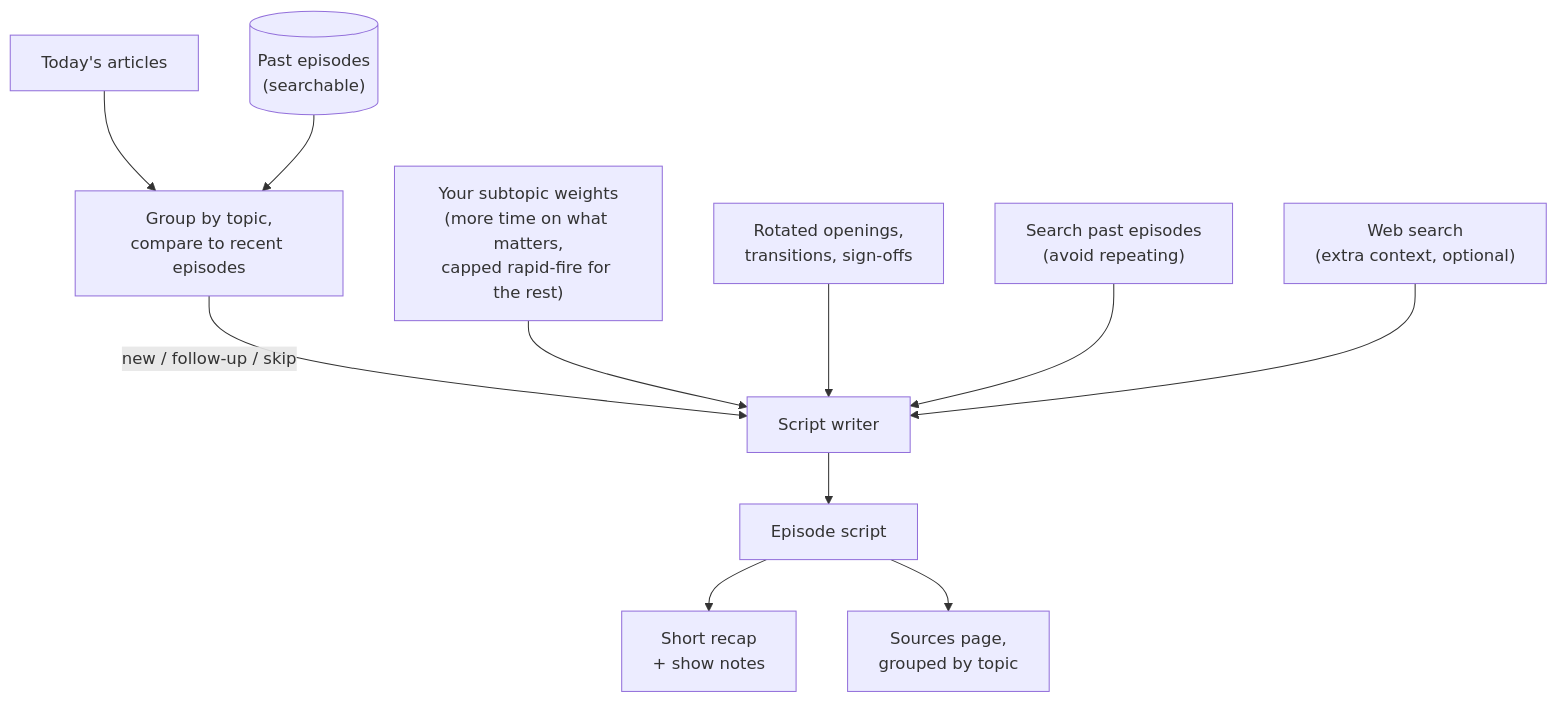
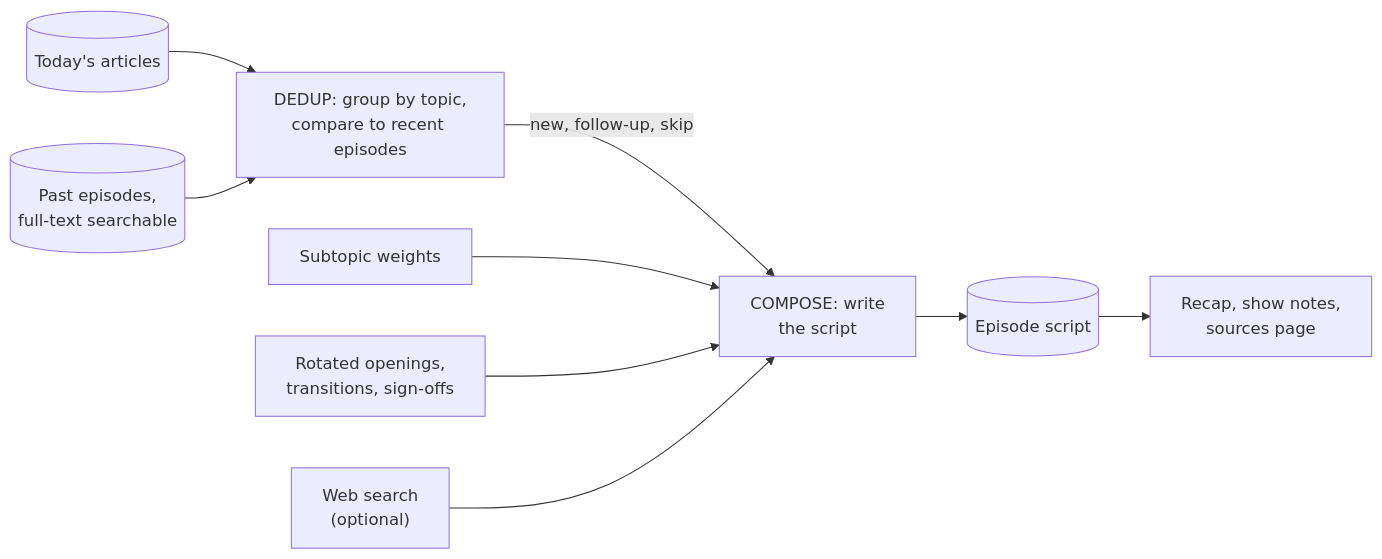
One commit to sourcelabs-nl/ai-podcast-studio changed the fifth of 8 diagrams in README.md. Above: the diagram before and after it, drawn with Mermaid. The commit also changed other lines of this file and 8 other files, not shown here.

First line of the commit message:
docs(readme): put the pipeline stages up front and render every diagram

````diff
--- a/README.md
+++ b/README.md
@@ -73,13 +123,11 @@
 ```mermaid
-flowchart TD
-    READY["Today's articles"] --> DEDUP["Group by topic,<br/>compare to recent episodes"]
-    HIST[("Past episodes<br/>(searchable)")] --> DEDUP
-    DEDUP -->|"new / follow-up / skip"| COMP["Script writer"]
-    SUBT["Your subtopic weights<br/>(more time on what matters,<br/>capped rapid-fire for the rest)"] --> COMP
-    ROT["Rotated openings,<br/>transitions, sign-offs"] --> COMP
-    T1["Search past episodes<br/>(avoid repeating)"] --> COMP
-    T2["Web search<br/>(extra context, optional)"] --> COMP
-    COMP --> SCRIPT["Episode script"]
-    SCRIPT --> RECAP["Short recap<br/>+ show notes"]
-    SCRIPT --> SRC["Sources page,<br/>grouped by topic"]
+graph LR
+    READY[("Today's articles")]:::datastore --> DEDUP
+    HIST[("Past episodes,<br/>full-text searchable")]:::datastore --> DEDUP
+    DEDUP["DEDUP: group by topic,<br/>compare to recent episodes"]:::service -->|"new, follow-up, skip"| COMP
+    SUBT["Subtopic weights"]:::artefact --> COMP
+    ROT["Rotated openings,<br/>transitions, sign-offs"]:::artefact --> COMP
+    WEB["Web search<br/>(optional)"]:::external --> COMP
+    COMP["COMPOSE: write<br/>the script"]:::platform --> SCRIPT[("Episode script")]:::datastore
+    SCRIPT --> RECAP["Recap, show notes,<br/>sources page"]:::service
 ```
````
